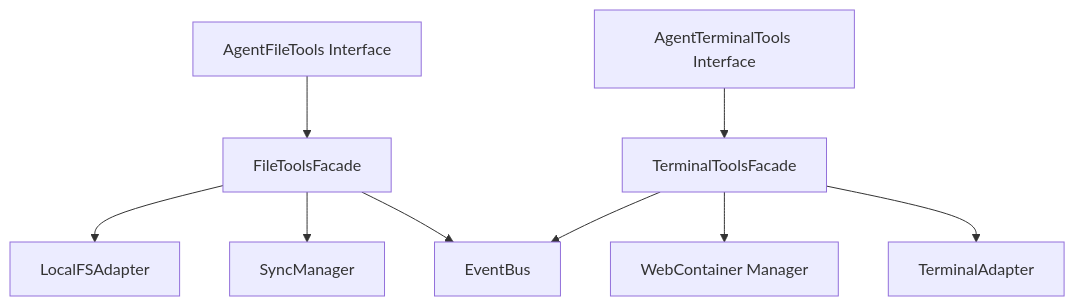
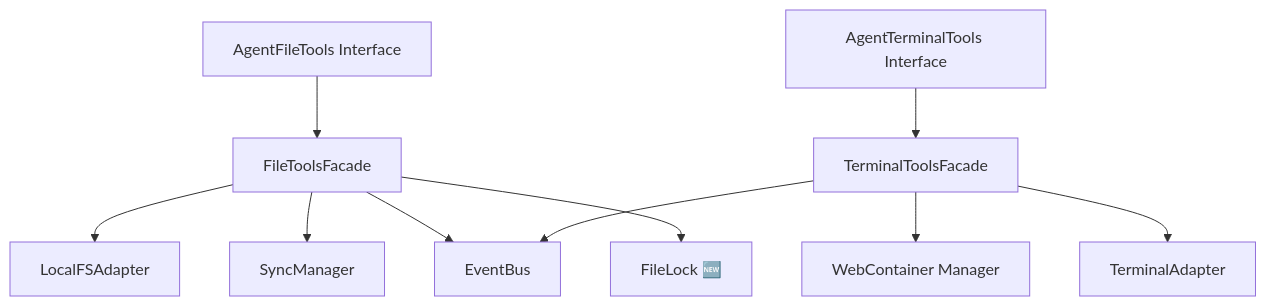
The diagram in _bmad-output/sprint-artifacts/epic-25-12-28-master-implementation-plan.md (shynlee04/project-alpha-master), drawn with Mermaid before and after one commit. The commit also changed other lines of this file and 12 other files, not shown here.

````diff
--- a/_bmad-output/sprint-artifacts/epic-25-12-28-master-implementation-plan.md
+++ b/_bmad-output/sprint-artifacts/epic-25-12-28-master-implementation-plan.md
@@ -63,12 +138,13 @@
 ```mermaid
 flowchart TD
     A[AgentFileTools Interface] --> B[FileToolsFacade]
     B --> C[LocalFSAdapter]
     B --> D[SyncManager]
     B --> E[EventBus]
+    B --> LOCK[FileLock 🆕]
     
     F[AgentTerminalTools Interface] --> G[TerminalToolsFacade]
     G --> H[WebContainer Manager]
     G --> I[TerminalAdapter]
     G --> E
 ```
````
